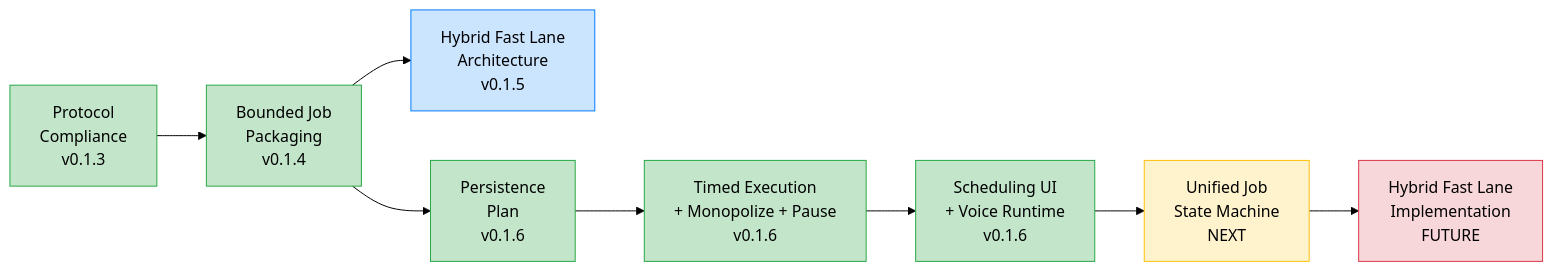
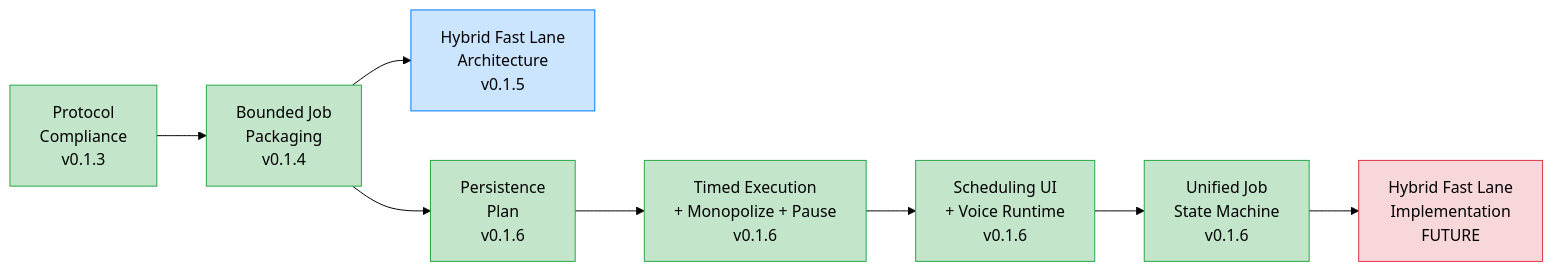
Before and after one commit to deepily/lupin: the diagram in src/rnd/v0.1.6/2026.03.30-cj-flow/00-index.md, drawn with Mermaid (forest theme). The commit also changed other lines of this file and 16 other files, not shown here.

First line of the commit message:
[LUPIN] Unified Job State Machine — Lupin-side changes (tests, frontend, SQL, docs)

````diff
--- a/src/rnd/v0.1.6/2026.03.30-cj-flow/00-index.md
+++ b/src/rnd/v0.1.6/2026.03.30-cj-flow/00-index.md
@@ -10,19 +10,19 @@
 ```mermaid
 flowchart LR
     A[Protocol<br>Compliance<br>v0.1.3] --> B[Bounded Job<br>Packaging<br>v0.1.4]
     B --> C[Hybrid Fast Lane<br>Architecture<br>v0.1.5]
     B --> D[Persistence<br>Plan<br>v0.1.6]
     D --> E[Timed Execution<br>+ Monopolize + Pause<br>v0.1.6]
     E --> F[Scheduling UI<br>+ Voice Runtime<br>v0.1.6]
-    F --> G[Unified Job<br>State Machine<br>NEXT]
+    F --> G[Unified Job<br>State Machine<br>v0.1.6]
     G --> H[Hybrid Fast Lane<br>Implementation<br>FUTURE]
 
     style A fill:#c3e6cb,stroke:#28a745
     style B fill:#c3e6cb,stroke:#28a745
     style D fill:#c3e6cb,stroke:#28a745
     style E fill:#c3e6cb,stroke:#28a745
     style F fill:#c3e6cb,stroke:#28a745
-    style G fill:#fff3cd,stroke:#ffc107
+    style G fill:#c3e6cb,stroke:#28a745
     style H fill:#f8d7da,stroke:#dc3545
     style C fill:#cce5ff,stroke:#007bff
 ```
````
